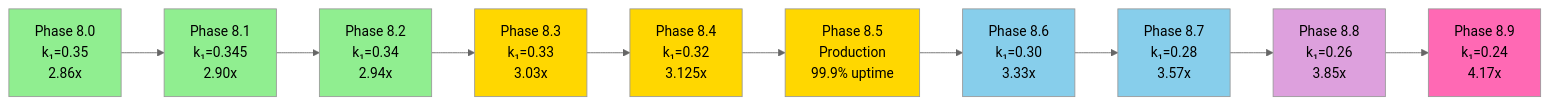
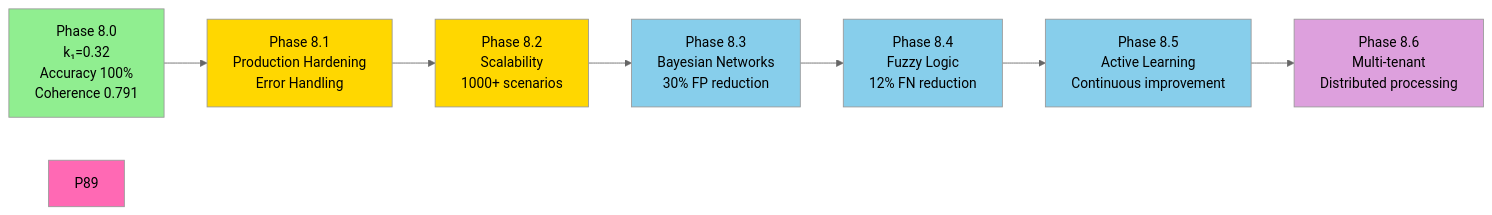
The third of 19 diagrams in .github/agents/COGNITIVE_BRAIN_ARCHITECTURE_DIAGRAMS.md (Aries-Serpent/_codex_), drawn with Mermaid (neutral theme) before and after one commit. The commit also changed other lines of this file and 74 other files, not shown here.

````diff
--- a/.github/agents/COGNITIVE_BRAIN_ARCHITECTURE_DIAGRAMS.md
+++ b/.github/agents/COGNITIVE_BRAIN_ARCHITECTURE_DIAGRAMS.md
@@ -260,23 +260,18 @@
 ```mermaid
 graph LR
-    P80[Phase 8.0<br/>k₁=0.35<br/>2.86x] --> P81[Phase 8.1<br/>k₁=0.345<br/>2.90x]
-    P81 --> P82[Phase 8.2<br/>k₁=0.34<br/>2.94x]
-    P82 --> P83[Phase 8.3<br/>k₁=0.33<br/>3.03x]
-    P83 --> P84[Phase 8.4<br/>k₁=0.32<br/>3.125x]
-    P84 --> P85[Phase 8.5<br/>Production<br/>99.9% uptime]
-    P85 --> P86[Phase 8.6<br/>k₁=0.30<br/>3.33x]
-    P86 --> P87[Phase 8.7<br/>k₁=0.28<br/>3.57x]
-    P87 --> P88[Phase 8.8<br/>k₁=0.26<br/>3.85x]
-    P88 --> P89[Phase 8.9<br/>k₁=0.24<br/>4.17x]
+    P80[Phase 8.0<br/>k₁=0.32<br/>Accuracy 100%<br/>Coherence 0.791] --> P81[Phase 8.1<br/>Production Hardening<br/>Error Handling]
+    P81 --> P82[Phase 8.2<br/>Scalability<br/>1000+ scenarios]
+    P82 --> P83[Phase 8.3<br/>Bayesian Networks<br/>30% FP reduction]
+    P83 --> P84[Phase 8.4<br/>Fuzzy Logic<br/>12% FN reduction]
+    P84 --> P85[Phase 8.5<br/>Active Learning<br/>Continuous improvement]
+    P85 --> P86[Phase 8.6<br/>Multi-tenant<br/>Distributed processing]
     
     style P80 fill:#90EE90
-    style P81 fill:#90EE90
-    style P82 fill:#90EE90
-    style P83 fill:#FFD700
-    style P84 fill:#FFD700
-    style P85 fill:#FFD700
-    style P86 fill:#87CEEB
-    style P87 fill:#87CEEB
-    style P88 fill:#DDA0DD
+    style P81 fill:#FFD700
+    style P82 fill:#FFD700
+    style P83 fill:#87CEEB
+    style P84 fill:#87CEEB
+    style P85 fill:#87CEEB
+    style P86 fill:#DDA0DD
     style P89 fill:#FF69B4
 ```
````
